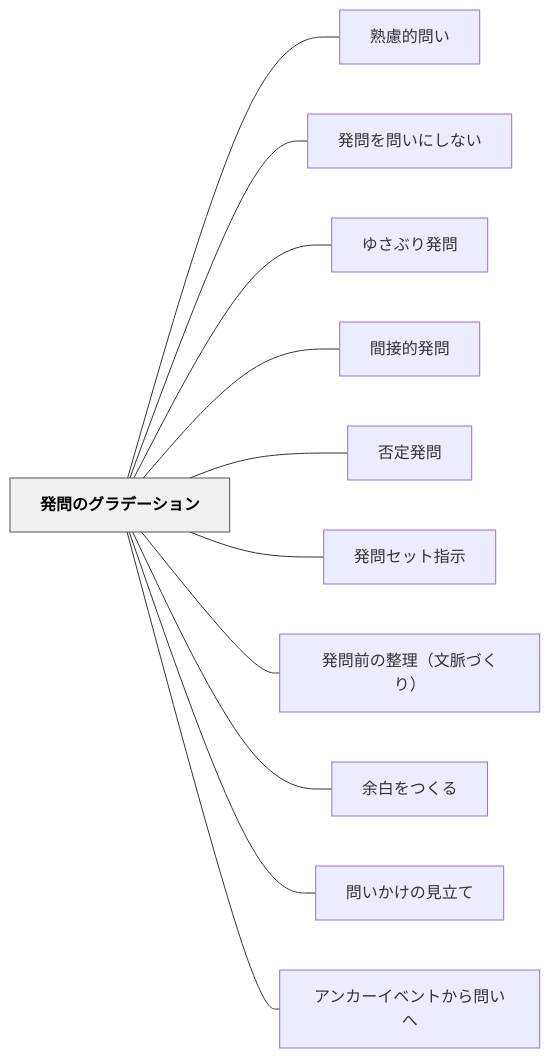
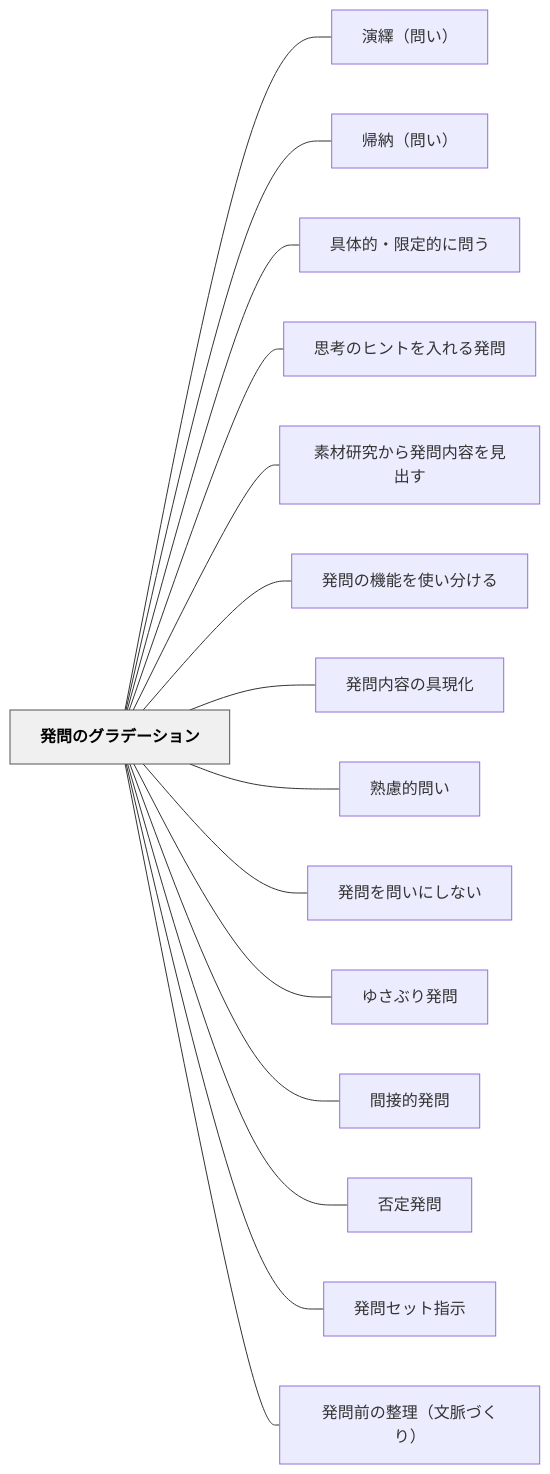
One commit to unknownthings-ed-patterns/unknownthings-ed-patterns changed the diagram in content/パタン/発問のグラデーション.md. Above: the diagram before and after it, drawn with Mermaid. The commit also changed other lines of this file and 28 other files, not shown here.

````diff
--- a/content/パタン/発問のグラデーション.md
+++ b/content/パタン/発問のグラデーション.md
@@ -85,28 +92,36 @@
 ```mermaid
 flowchart LR
     ne799bae5958fe381aee382b0e383a9e38387e383bce382b7e383a7e383b3["発問のグラデーション"]
+    ne6bc94e7b9b9efbc88e5958fe38184efbc89["演繹（問い）"]
+    ne5b8b0e7b48defbc88e5958fe38184efbc89["帰納（問い）"]
+    ne585b7e4bd93e79a84e383bbe99990e5ae9ae79a84e381abe5958fe38186["具体的・限定的に問う"]
+    ne6809de88083e381aee38392e383b3e38388e38292e585a5e3828ce3828be799bae5958f["思考のヒントを入れる発問"]
+    ne7b4a0e69d90e7a094e7a9b6e3818be38289e799bae5958fe58685e5aeb9e38292e8a68be587bae38199["素材研究から発問内容を見出す"]
+    ne799bae5958fe381aee6a99fe883bde38292e4bdbfe38184e58886e38191e3828b["発問の機能を使い分ける"]
+    ne799bae5958fe58685e5aeb9e381aee585b7e78fbee58c96["発問内容の具現化"]
     ne7869fe685aee79a84e5958fe38184["熟慮的問い"]
     ne799bae5958fe38292e5958fe38184e381abe38197e381aae38184["発問を問いにしない"]
     ne38286e38195e381b6e3828ae799bae5958f["ゆさぶり発問"]
     ne99693e68ea5e79a84e799bae5958f["間接的発問"]
     ne590a6e5ae9ae799bae5958f["否定発問"]
     ne799bae5958fe382bbe38383e38388e68c87e7a4ba["発問セット指示"]
     ne799bae5958fe5898de381aee695b4e79086efbc88e69687e88488e381a5e3818fe3828aefbc89["発問前の整理（文脈づくり）"]
-    ne4bd99e799bde38292e381a4e3818fe3828b["余白をつくる"]
-    ne5958fe38184e3818be38191e381aee8a68be7ab8be381a6["問いかけの見立て"]
-    ne382a2e383b3e382abe383bce382a4e38399e383b3e38388e3818be38289e5958fe38184e381b8["アンカーイベントから問いへ"]
 
+    ne799bae5958fe381aee382b0e383a9e38387e383bce382b7e383a7e383b3 --- ne6bc94e7b9b9efbc88e5958fe38184efbc89
+    ne799bae5958fe381aee382b0e383a9e38387e383bce382b7e383a7e383b3 --- ne5b8b0e7b48defbc88e5958fe38184efbc89
+    ne799bae5958fe381aee382b0e383a9e38387e383bce382b7e383a7e383b3 --- ne585b7e4bd93e79a84e383bbe99990e5ae9ae79a84e381abe5958fe38186
+    ne799bae5958fe381aee382b0e383a9e38387e383bce382b7e383a7e383b3 --- ne6809de88083e381aee38392e383b3e38388e38292e585a5e3828ce3828be799bae5958f
+    ne799bae5958fe381aee382b0e383a9e38387e383bce382b7e383a7e383b3 --- ne7b4a0e69d90e7a094e7a9b6e3818be38289e799bae5958fe58685e5aeb9e38292e8a68be587bae38199
+    ne799bae5958fe381aee382b0e383a9e38387e383bce382b7e383a7e383b3 --- ne799bae5958fe381aee6a99fe883bde38292e4bdbfe38184e58886e38191e3828b
+    ne799bae5958fe381aee382b0e383a9e38387e383bce382b7e383a7e383b3 --- ne799bae5958fe58685e5aeb9e381aee585b7e78fbee58c96
     ne799bae5958fe381aee382b0e383a9e38387e383bce382b7e383a7e383b3 --- ne7869fe685aee79a84e5958fe38184
     ne799bae5958fe381aee382b0e383a9e38387e383bce382b7e383a7e383b3 --- ne799bae5958fe38292e5958fe38184e381abe38197e381aae38184
     ne799bae5958fe381aee382b0e383a9e38387e383bce382b7e383a7e383b3 --- ne38286e38195e381b6e3828ae799bae5958f
     ne799bae5958fe381aee382b0e383a9e38387e383bce382b7e383a7e383b3 --- ne99693e68ea5e79a84e799bae5958f
     ne799bae5958fe381aee382b0e383a9e38387e383bce382b7e383a7e383b3 --- ne590a6e5ae9ae799bae5958f
     ne799bae5958fe381aee382b0e383a9e38387e383bce382b7e383a7e383b3 --- ne799bae5958fe382bbe38383e38388e68c87e7a4ba
     ne799bae5958fe381aee382b0e383a9e38387e383bce382b7e383a7e383b3 --- ne799bae5958fe5898de381aee695b4e79086efbc88e69687e88488e381a5e3818fe3828aefbc89
-    ne799bae5958fe381aee382b0e383a9e38387e383bce382b7e383a7e383b3 --- ne4bd99e799bde38292e381a4e3818fe3828b
-    ne799bae5958fe381aee382b0e383a9e38387e383bce382b7e383a7e383b3 --- ne5958fe38184e3818be38191e381aee8a68be7ab8be381a6
-    ne799bae5958fe381aee382b0e383a9e38387e383bce382b7e383a7e383b3 --- ne382a2e383b3e382abe383bce382a4e38399e383b3e38388e3818be38289e5958fe38184e381b8
 
     classDef hub fill:#f0f0f0,stroke:#555,color:#000,font-weight:bold
     class ne799bae5958fe381aee382b0e383a9e38387e383bce382b7e383a7e383b3 hub
 ```
````
